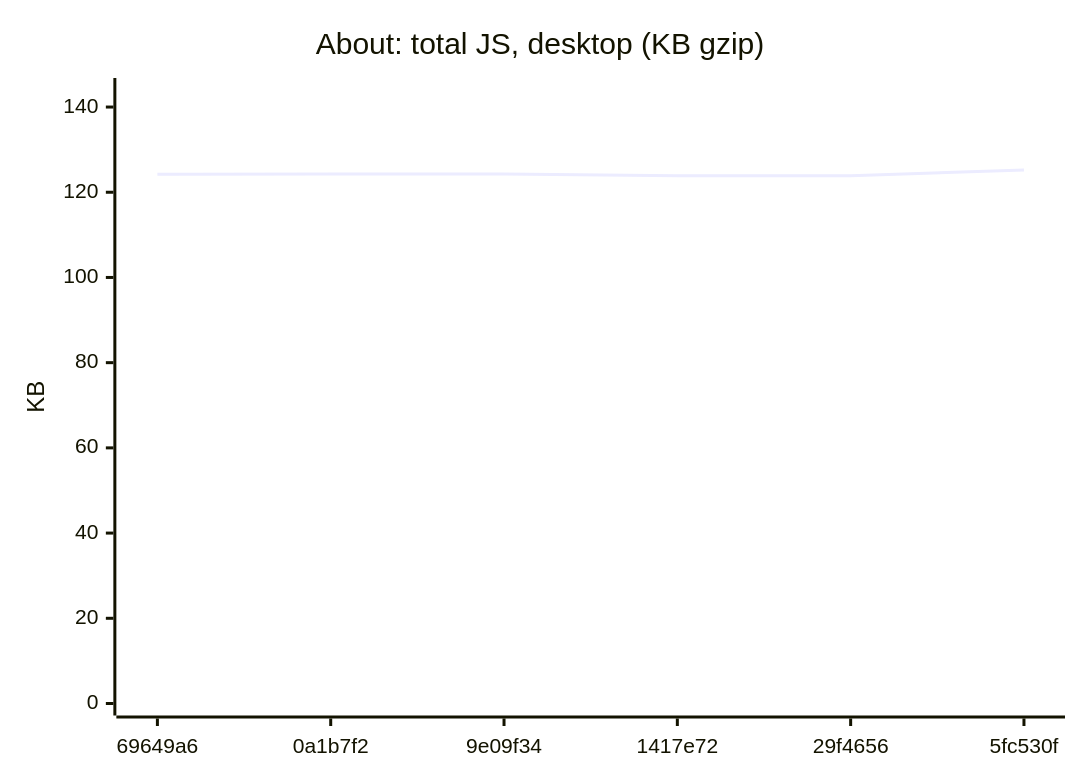
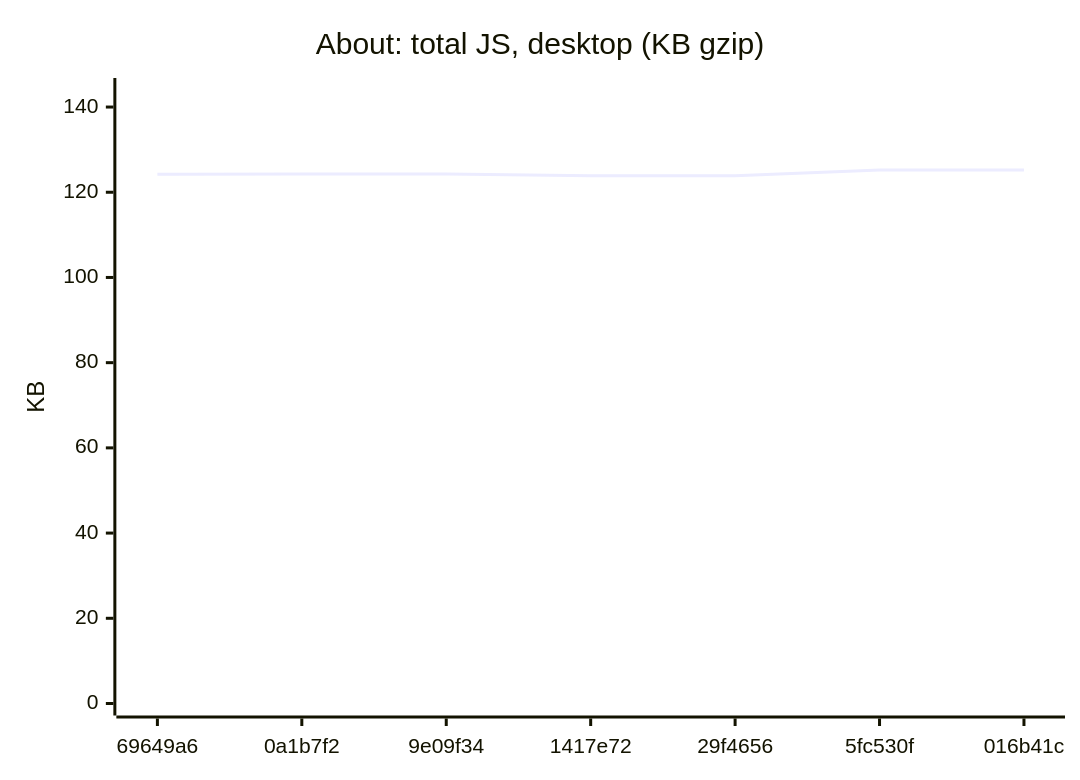
One commit to AxelUser/maltsev.space changed the fifth of 18 diagrams in README.md. Above: the diagram before and after it, drawn with Mermaid. The commit also changed other lines of this file and 1 other file, not shown here.

````diff
--- a/README.md
+++ b/README.md
@@ -71,7 +71,7 @@
 ```mermaid
 xychart-beta
   title "About: total JS, desktop (KB gzip)"
-  x-axis ["69649a6", "0a1b7f2", "9e09f34", "1417e72", "29f4656", "5fc530f"]
+  x-axis ["69649a6", "0a1b7f2", "9e09f34", "1417e72", "29f4656", "5fc530f", "016b41c"]
   y-axis "KB" 0 --> 144
-  line [124.2, 124.3, 124.3, 123.9, 123.9, 125.2]
+  line [124.2, 124.3, 124.3, 123.9, 123.9, 125.2, 125.2]
 ```
````
